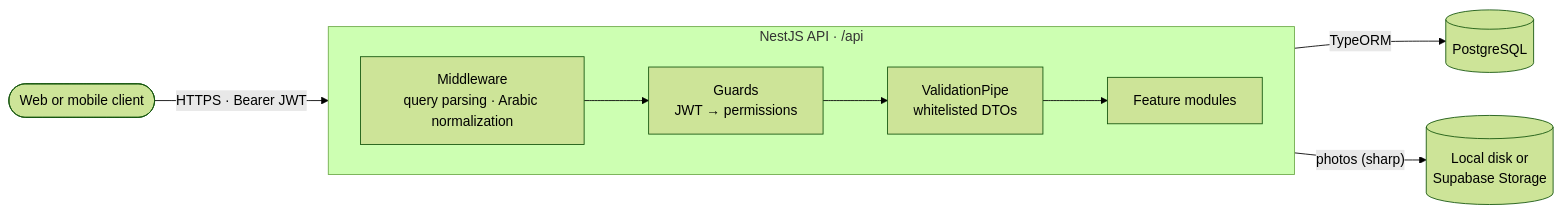
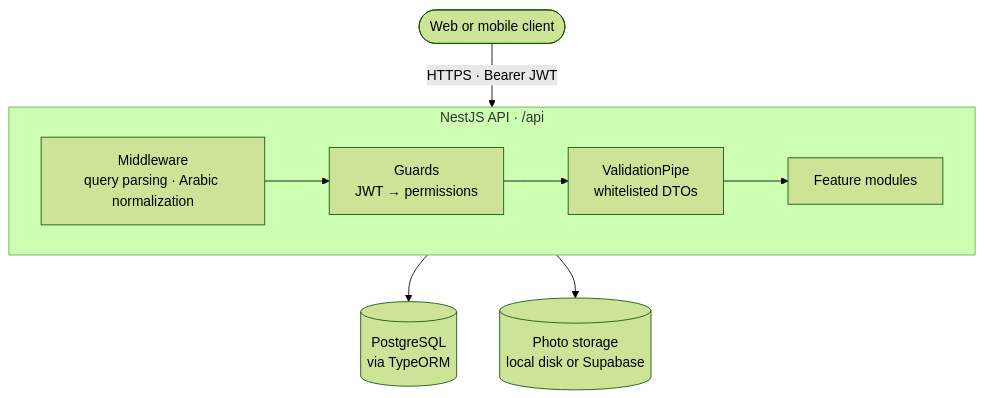
One commit to aymansalkhatib/albarakah-backend changed the first of 2 diagrams in README.md. Above: the diagram before and after it, drawn with Mermaid (forest theme).

Commit message:
docs: lay out the architecture diagram top to bottom

````diff
--- a/README.md
+++ b/README.md
@@ -32,14 +32,14 @@
 ```mermaid
-flowchart LR
-    Client(["Web or mobile client"]) -->|"HTTPS · Bearer JWT"| MW
+flowchart TB
+    Client(["Web or mobile client"]) -->|"HTTPS · Bearer JWT"| API
 
     subgraph API["NestJS API · /api"]
         direction LR
         MW["Middleware<br/>query parsing · Arabic normalization"] --> Guards["Guards<br/>JWT → permissions"]
         Guards --> Pipe["ValidationPipe<br/>whitelisted DTOs"]
         Pipe --> Modules["Feature modules"]
     end
 
-    Modules -->|TypeORM| DB[("PostgreSQL")]
-    Modules -->|"photos (sharp)"| Store[("Local disk or<br/>Supabase Storage")]
+    API --> DB[("PostgreSQL<br/>via TypeORM")]
+    API --> Store[("Photo storage<br/>local disk or Supabase")]
 ```
````
